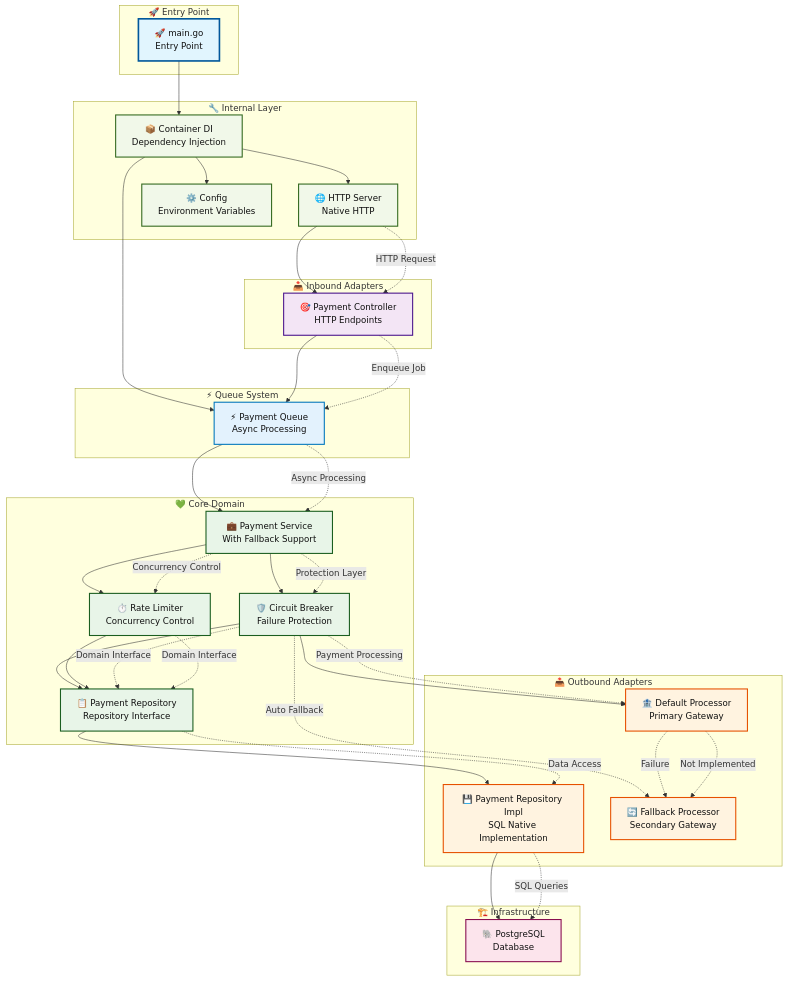
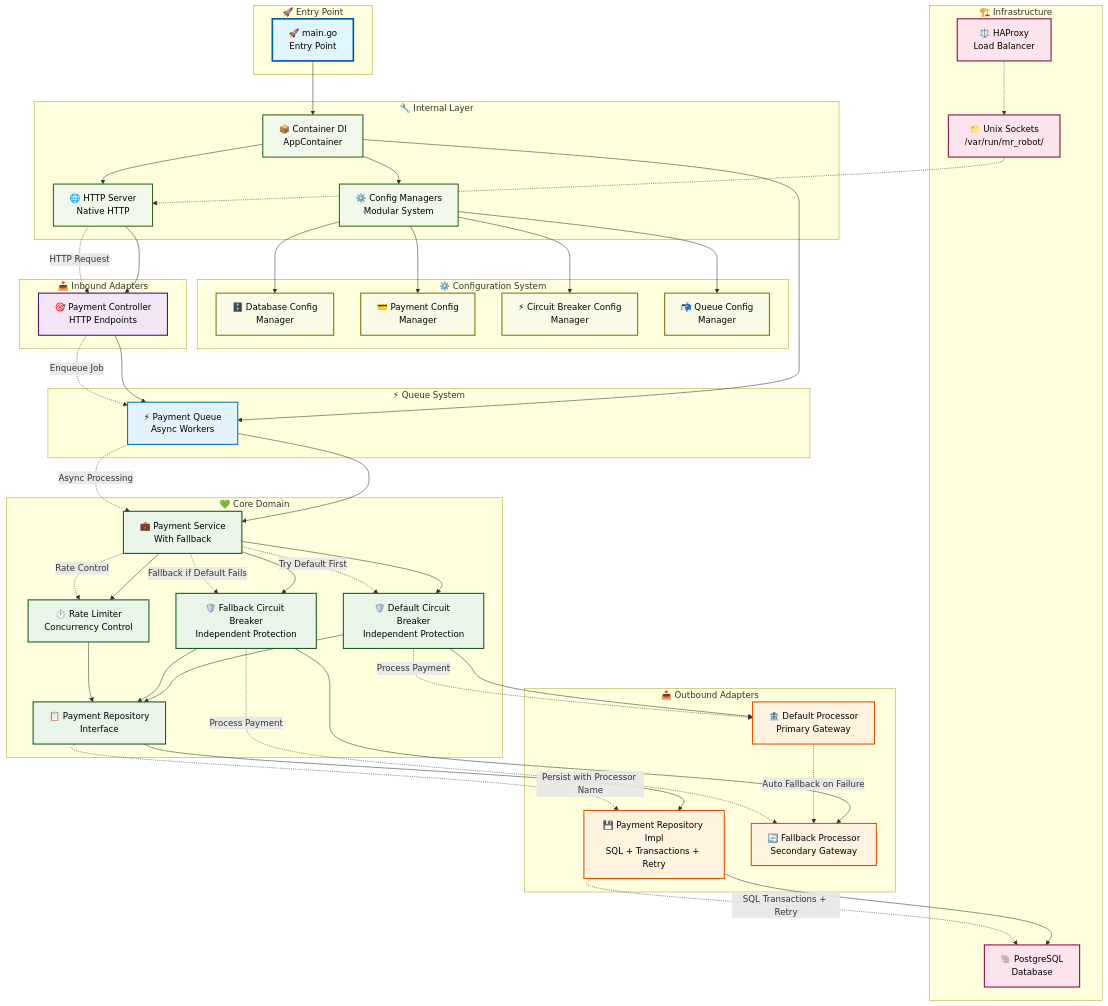
Before and after one commit to fabianoflorentino/mr-robot: the first of 2 diagrams in README.md, drawn with Mermaid. The commit also changed other lines of this file and 3 other files, not shown here.

Commit message:
docs: update documentation with recent project analysis and detailed flowcharts for improved clarity and understanding

````diff
--- a/README.md
+++ b/README.md
@@ -83,62 +84,59 @@
 ```mermaid
 flowchart TD
-    %% Defining styles
-    classDef entrypoint fill:#e1f5fe,stroke:#01579b,stroke-width:3px
-    classDef inbound fill:#f3e5f5,stroke:#4a148c,stroke-width:2px
-    classDef core fill:#e8f5e8,stroke:#1b5e20,stroke-width:2px
-    classDef outbound fill:#fff3e0,stroke:#e65100,stroke-width:2px
-    classDef infra fill:#fce4ec,stroke:#880e4f,stroke-width:2px
-    classDef internal fill:#f1f8e9,stroke:#33691e,stroke-width:2px
-    classDef async fill:#e3f2fd,stroke:#0277bd,stroke-width:2px
+    %% Estilos modernizados
+    classDef entrypoint fill:#e1f5fe,stroke:#01579b,stroke-width:3px,color:#000
+    classDef internal fill:#f1f8e9,stroke:#33691e,stroke-width:2px,color:#000
+    classDef inbound fill:#f3e5f5,stroke:#4a148c,stroke-width:2px,color:#000
+    classDef core fill:#e8f5e8,stroke:#1b5e20,stroke-width:2px,color:#000
+    classDef outbound fill:#fff3e0,stroke:#e65100,stroke-width:2px,color:#000
+    classDef infra fill:#fce4ec,stroke:#880e4f,stroke-width:2px,color:#000
+    classDef async fill:#e3f2fd,stroke:#0277bd,stroke-width:2px,color:#000
+    classDef config fill:#f9fbe7,stroke:#827717,stroke-width:2px,color:#000
 
-    %% Force black text color for all nodes
-    style A color:#111,fill:#e1f5fe,stroke:#01579b,stroke-width:3px
-    style B color:#111,fill:#f1f8e9,stroke:#33691e,stroke-width:2px
-    style C color:#111,fill:#f1f8e9,stroke:#33691e,stroke-width:2px
-    style Q color:#111,fill:#e3f2fd,stroke:#0277bd,stroke-width:2px
-    style K color:#111,fill:#f1f8e9,stroke:#33691e,stroke-width:2px
-    style D color:#111,fill:#f3e5f5,stroke:#4a148c,stroke-width:2px
-    style E color:#111,fill:#e8f5e8,stroke:#1b5e20,stroke-width:2px
-    style F color:#111,fill:#e8f5e8,stroke:#1b5e20,stroke-width:2px
-    style G color:#111,fill:#fff3e0,stroke:#e65100,stroke-width:2px
-    style I color:#111,fill:#fff3e0,stroke:#e65100,stroke-width:2px
-    style J color:#111,fill:#fff3e0,stroke:#e65100,stroke-width:2px
-    style H color:#111,fill:#fce4ec,stroke:#880e4f,stroke-width:2px
-    style CB color:#111,fill:#e8f5e8,stroke:#1b5e20,stroke-width:2px
-    style RL color:#111,fill:#e8f5e8,stroke:#1b5e20,stroke-width:2px
-
-    %% Main components
-    A[🚀 main.go<br/>Entry Point] --> B[📦 Container DI<br/>Dependency Injection]
+    %% Componentes principais
+    A[🚀 main.go<br/>Entry Point] --> B[📦 Container DI<br/>AppContainer]
 
     B --> C[🌐 HTTP Server<br/>Native HTTP]
-    B --> Q[⚡ Payment Queue<br/>Async Processing]
-    B --> K[⚙️ Config<br/>Environment Variables]
+    B --> Q[⚡ Payment Queue<br/>Async Workers]
+    B --> K[⚙️ Config Managers<br/>Modular System]
 
-    %% HTTP Flow
+    %% Fluxo HTTP
     C --> D[🎯 Payment Controller<br/>HTTP Endpoints]
     D --> Q
 
-    %% Async processing via Queue
-    Q --> E[💼 Payment Service<br/>With Fallback Support]
+    %% Sistema de configuração
+    K --> CM1[🗄️ Database Config<br/>Manager]
+    K --> CM2[💳 Payment Config<br/>Manager]
+    K --> CM3[⚡ Circuit Breaker Config<br/>Manager]
+    K --> CM4[📬 Queue Config<br/>Manager]
 
-    %% Protection components in Service
-    E --> CB[🛡️ Circuit Breaker<br/>Failure Protection]
+    %% Processamento assíncrono
+    Q --> E[💼 Payment Service<br/>With Fallback]
+
+    %% Proteções no Service
+    E --> CB1[🛡️ Default Circuit Breaker<br/>Independent Protection]
+    E --> CB2[🛡️ Fallback Circuit Breaker<br/>Independent Protection]
     E --> RL[⏱️ Rate Limiter<br/>Concurrency Control]
 
     %% Core Domain
-    CB --> F[📋 Payment Repository<br/>Repository Interface]
+    CB1 --> F[📋 Payment Repository<br/>Interface]
+    CB2 --> F
     RL --> F
 
-    %% Persistence
-    F --> G[💾 Payment Repository Impl<br/>SQL Native Implementation]
+    %% Persistência
+    F --> G[💾 Payment Repository Impl<br/>SQL + Transactions + Retry]
     G --> H[🐘 PostgreSQL<br/>Database]
 
-    %% Payment Gateways with Fallback
-    CB --> I[🏦 Default Processor<br/>Primary Gateway]
-    CB -.->|"Auto Fallback"| J[🔄 Fallback Processor<br/>Secondary Gateway]
-    I -.->|"Failure"| J
+    %% Processadores com Fallback
+    CB1 --> I1[🏦 Default Processor<br/>Primary Gateway]
+    CB2 --> I2[🔄 Fallback Processor<br/>Secondary Gateway]
+    I1 -.->|"Auto Fallback on Failure"| I2
 
-    %% Layer groupings
+    %% Unix Sockets (opcional)
+    US[📁 Unix Sockets<br/>/var/run/mr_robot/] -.-> C
+    HAP[⚖️ HAProxy<br/>Load Balancer] -.-> US
+
+    %% Agrupamentos de camadas
     subgraph "🚀 Entry Point"
         A
     end
@@ -147,6 +145,13 @@
         B
         C
         K
+    end
+
+    subgraph "⚙️ Configuration System"
+        CM1
+        CM2
+        CM3
+        CM4
     end
 
     subgraph "📥 Inbound Adapters"
@@ -160,39 +165,42 @@
     subgraph "💚 Core Domain"
         E
         F
-        CB
+        CB1
+        CB2
         RL
     end
 
     subgraph "📤 Outbound Adapters"
         G
-        I
-        J
+        I1
+        I2
     end
 
     subgraph "🏗️ Infrastructure"
         H
+        US
+        HAP
     end
 
-    %% Applying styles
+    %% Aplicando estilos
     class A entrypoint
+    class B,C,K internal
+    class CM1,CM2,CM3,CM4 config
     class D inbound
-    class E,F,CB,RL core
-    class G,I,J outbound
-    class H infra
-    class B,C,K internal
     class Q async
+    class E,F,CB1,CB2,RL core
+    class G,I1,I2 outbound
+    class H,US,HAP infra
 
-    %% Arrows with labels
+    %% Setas com rótulos
     C -.->|"HTTP Request"| D
     D -.->|"Enqueue Job"| Q
     Q -.->|"Async Processing"| E
-    E -.->|"Protection Layer"| CB
-    E -.->|"Concurrency Control"| RL
-    CB -.->|"Domain Interface"| F
-    RL -.->|"Domain Interface"| F
-    F -.->|"Data Access"| G
-    G -.->|"SQL Queries"| H
-    CB -.->|"Payment Processing"| I
-    I -.->|"Not Implemented"| J
+    E -.->|"Try Default First"| CB1
+    E -.->|"Fallback if Default Fails"| CB2
+    E -.->|"Rate Control"| RL
+    F -.->|"Persist with Processor Name"| G
+    G -.->|"SQL Transactions + Retry"| H
+    CB1 -.->|"Process Payment"| I1
+    CB2 -.->|"Process Payment"| I2
 ```
````
